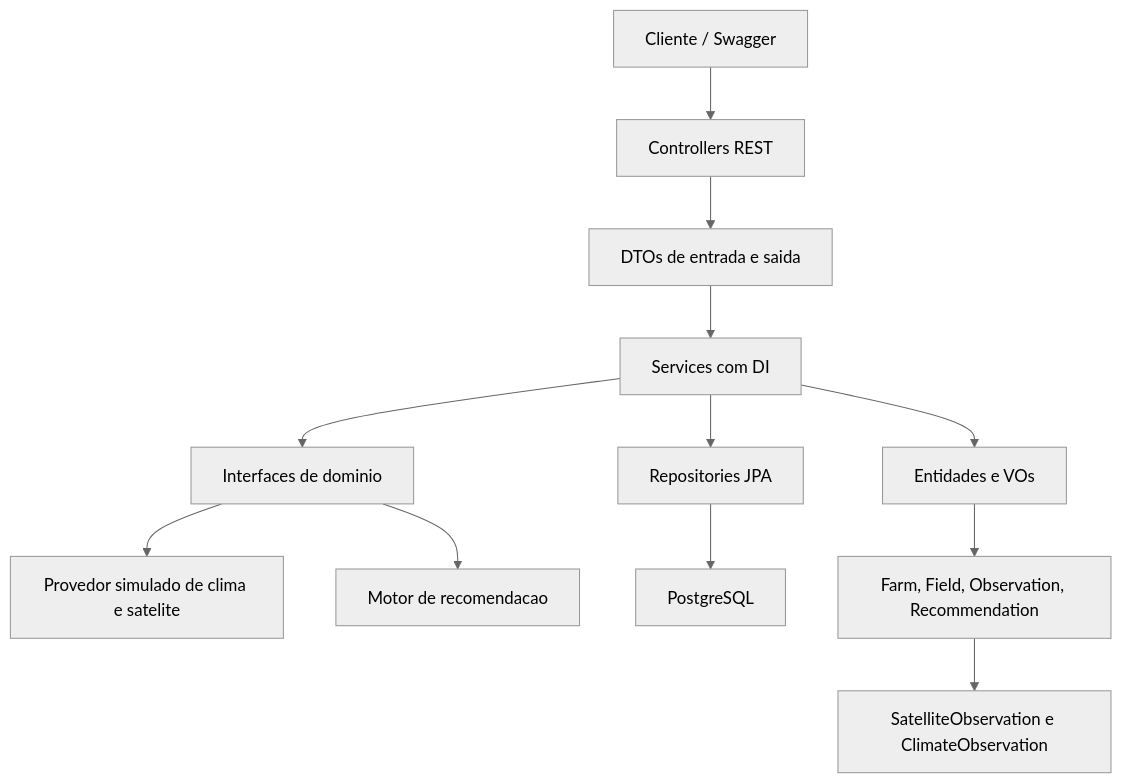
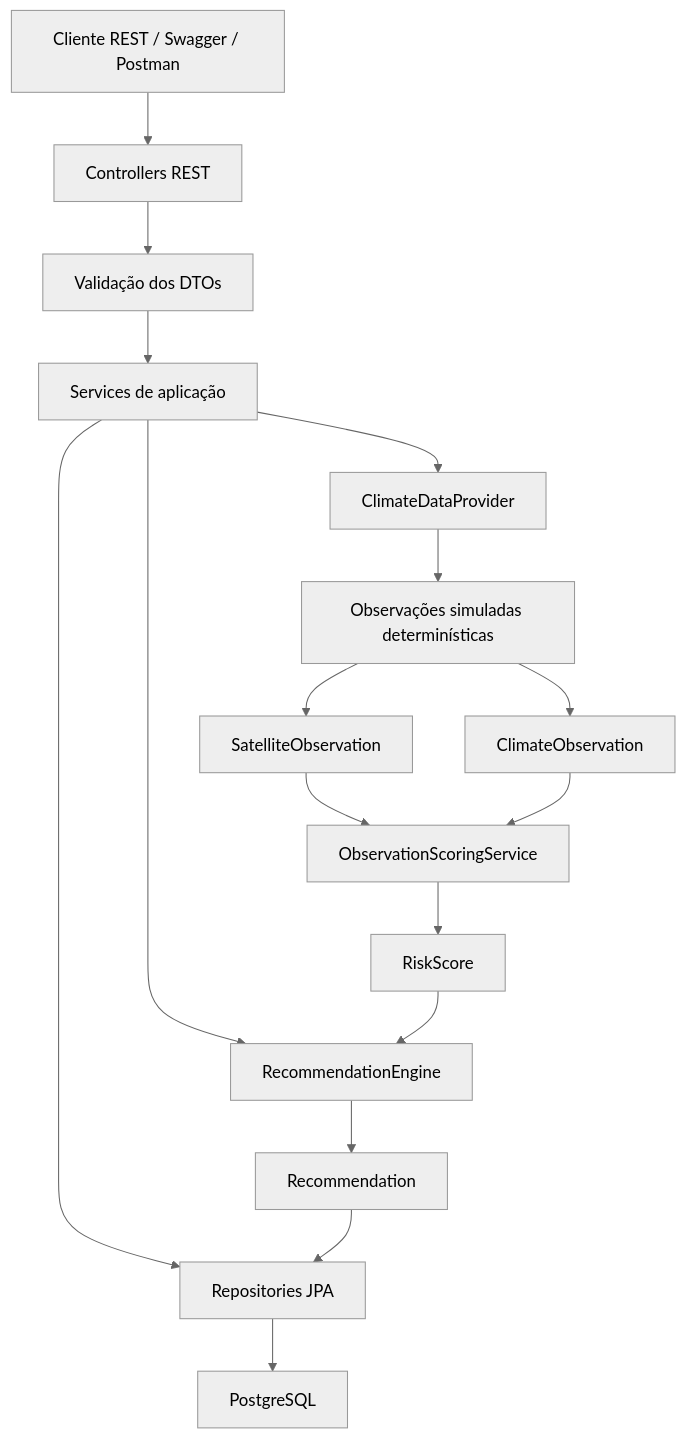
Before and after one commit to peguidotte/gaia-backend: the first of 2 diagrams in README.md, drawn with Mermaid (neutral theme). The commit also changed other lines of this file and 2 other files, not shown here.

````diff
--- a/README.md
+++ b/README.md
@@ -101,14 +62,22 @@
 ```mermaid
 flowchart TD
-    A["Cliente / Swagger"] --> B["Controllers REST"]
-    B --> C["DTOs de entrada e saida"]
-    C --> D["Services com DI"]
-    D --> E["Interfaces de dominio"]
-    E --> F["Provedor simulado de clima e satelite"]
-    E --> G["Motor de recomendacao"]
-    D --> H["Repositories JPA"]
-    H --> I["PostgreSQL"]
-    D --> J["Entidades e VOs"]
-    J --> K["Farm, Field, Observation, Recommendation"]
-    K --> L["SatelliteObservation e ClimateObservation"]
+    A["Cliente REST / Swagger / Postman"] --> B["Controllers REST"]
+    B --> C["Validação dos DTOs"]
+    C --> D["Services de aplicação"]
+    D --> E["Repositories JPA"]
+    E --> F["PostgreSQL"]
+
+    D --> G["ClimateDataProvider"]
+    G --> H["Observações simuladas determinísticas"]
+    H --> I["SatelliteObservation"]
+    H --> J["ClimateObservation"]
+
+    I --> K["ObservationScoringService"]
+    J --> K
+    K --> L["RiskScore"]
+
+    D --> M["RecommendationEngine"]
+    L --> M
+    M --> N["Recommendation"]
+    N --> E
 ```
````
